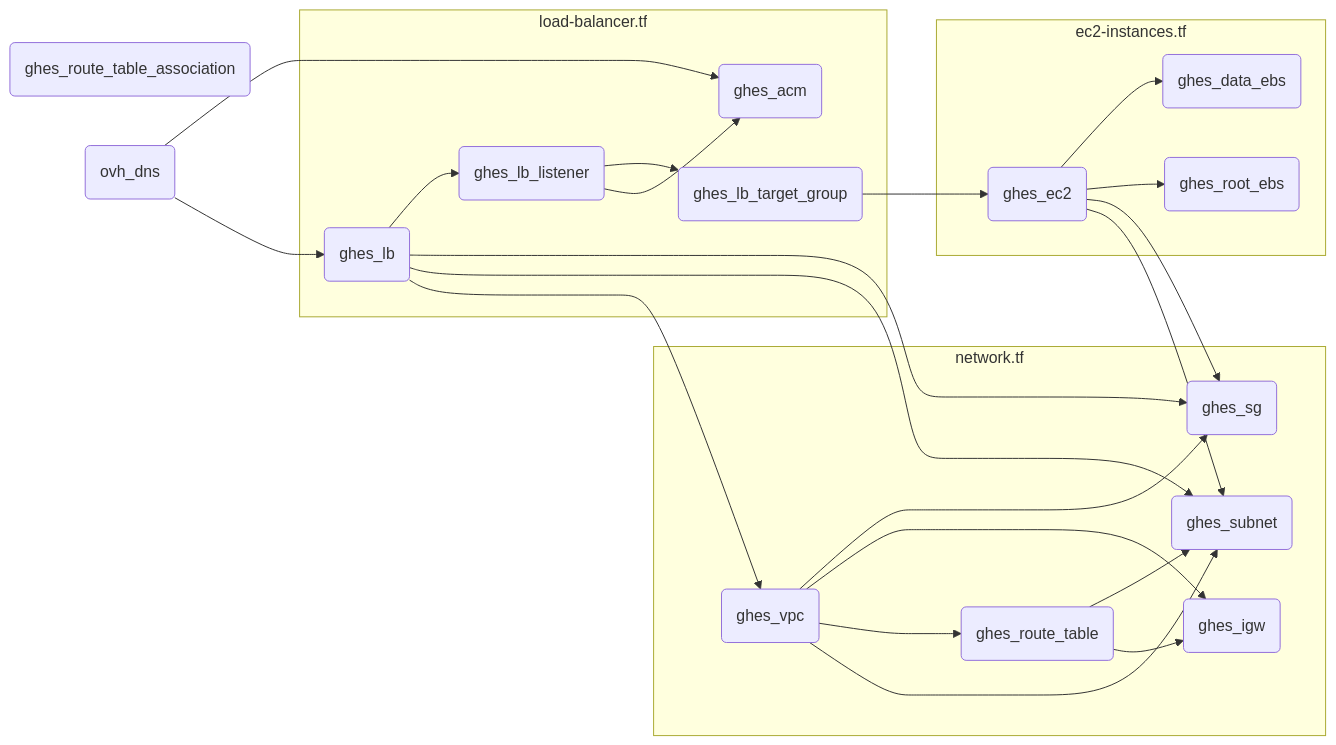
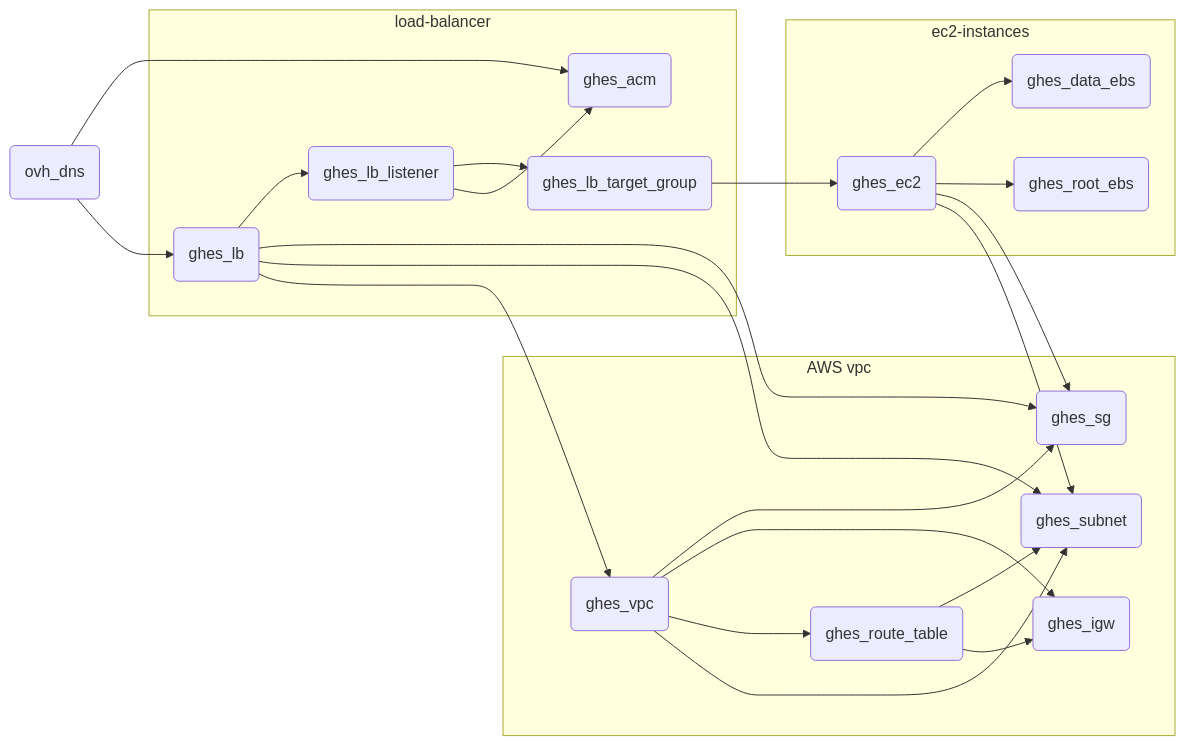
One commit to tdupoiron-org/terraform-ghes changed the diagram in README.md. Above: the diagram before and after it, drawn with Mermaid.

Commit message:
Refactor network and resource configuration

````diff
--- a/README.md
+++ b/README.md
@@ -7,49 +7,48 @@
 ```mermaid
 flowchart LR
 vpc(ghes_vpc)
 subnet(ghes_subnet)
 internet_gateway(ghes_igw)
 route_table(ghes_route_table)
-route_table_association(ghes_route_table_association)
 security_group(ghes_sg)
 instance(ghes_ec2)
 volume_data(ghes_data_ebs)
 volume_root(ghes_root_ebs)
 alb(ghes_lb)
 alb_listener(ghes_lb_listener)
 alb_target_group(ghes_lb_target_group)
 acm(ghes_acm)
 ovh_dns(ovh_dns)
 
-subgraph "network.tf"
+subgraph "AWS vpc"
 vpc-->subnet
 vpc-->route_table
 vpc-->internet_gateway
 vpc-->security_group
 route_table-->internet_gateway
 route_table-->subnet
 end
 
-subgraph "ec2-instances.tf"
+subgraph "ec2-instances"
 instance-->subnet
 instance-->security_group
 instance-->volume_root
 instance-->volume_data
 end
 
-subgraph "load-balancer.tf"
+subgraph "load-balancer"
 alb-->vpc
 alb-->subnet
 alb-->security_group
 alb-->alb_listener
 
 alb_listener-->acm
 alb_listener-->alb_target_group
 
 alb_target_group-->instance
 end
 
 ovh_dns-->alb
 ovh_dns-->acm
 
 ```
````
